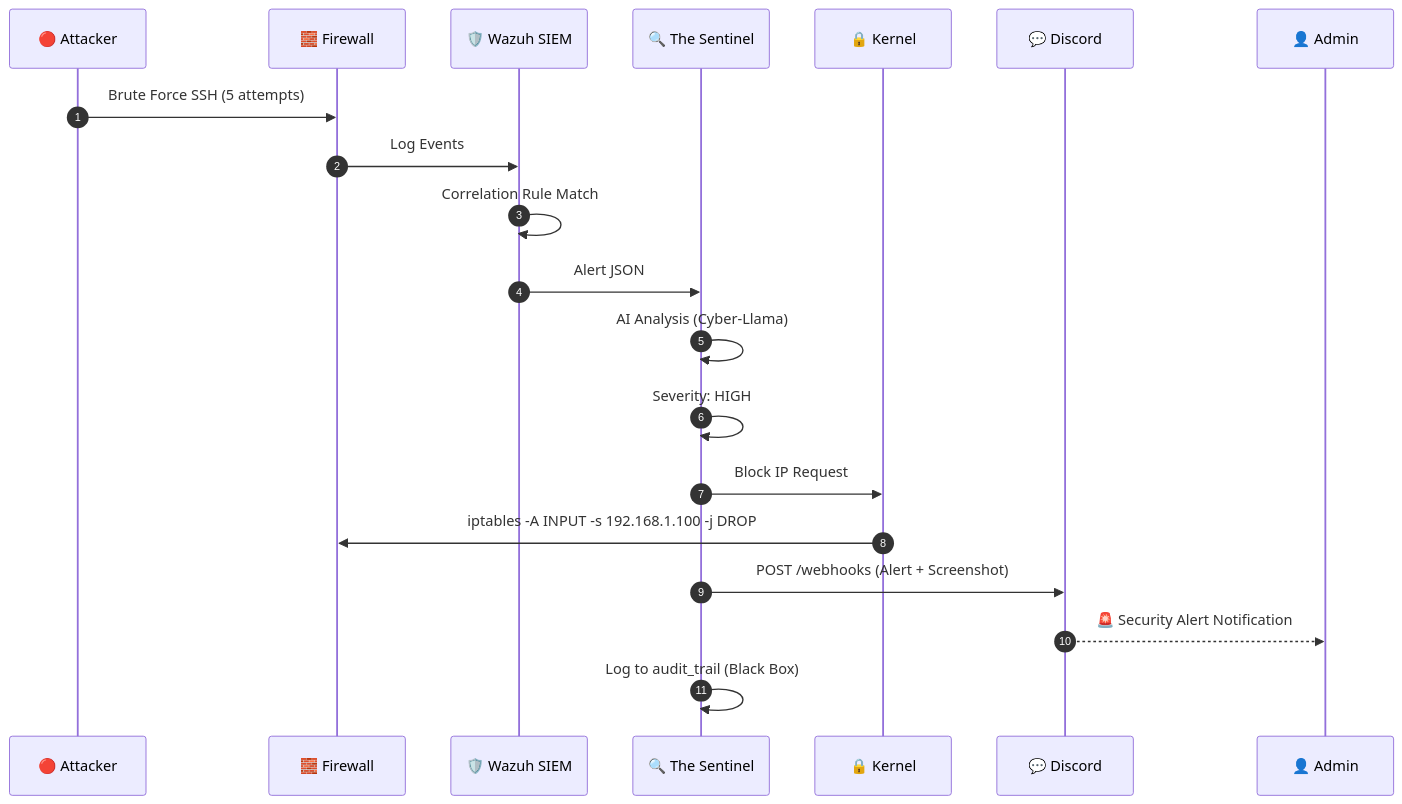
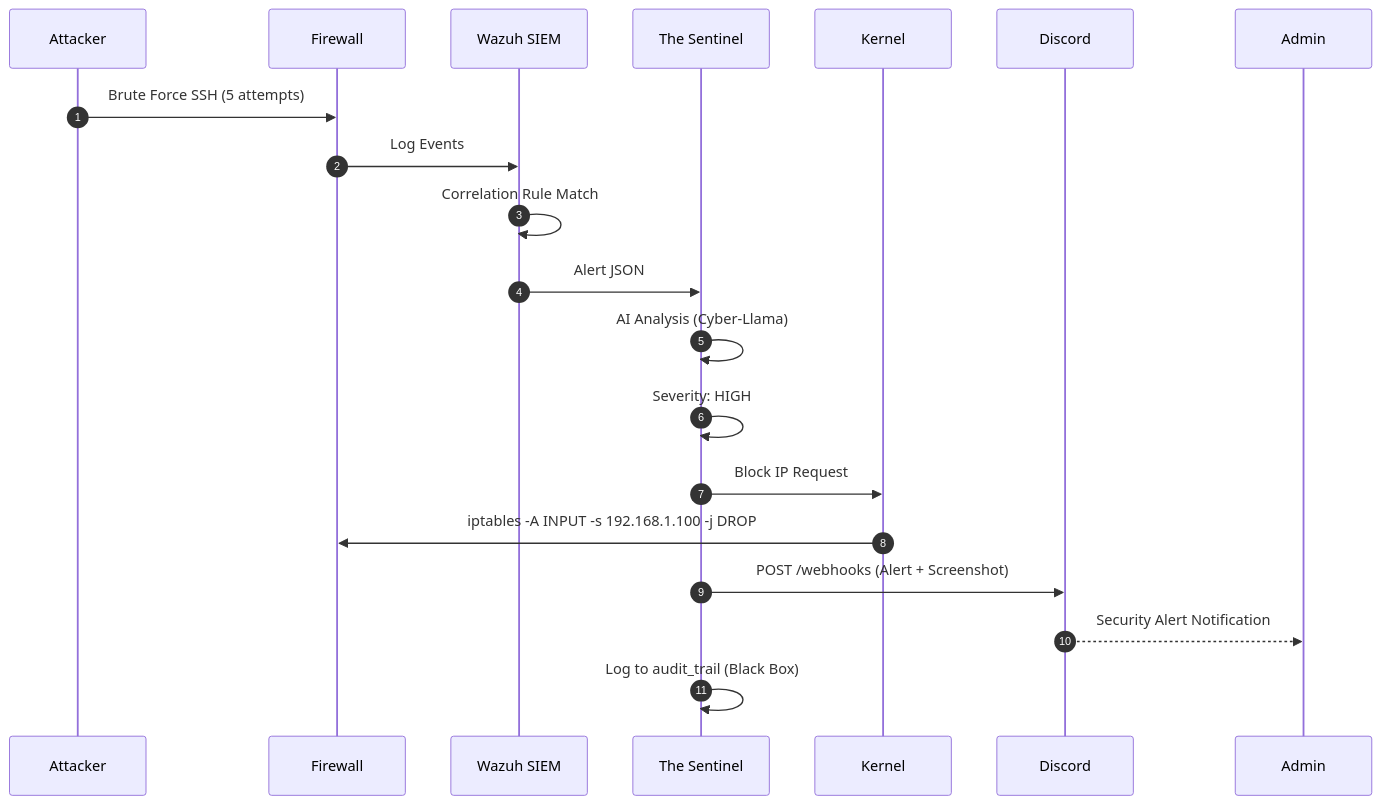
One commit to JohnNuwan/The_Hive changed the fourth of 9 diagrams in Documentation/Diagrams/C4_Architecture.md. Above: the diagram before and after it, drawn with Mermaid. The commit also changed other lines of this file and 104 other files, not shown here.

````diff
--- a/Documentation/Diagrams/C4_Architecture.md
+++ b/Documentation/Diagrams/C4_Architecture.md
@@ -142,28 +142,28 @@
 ```mermaid
 sequenceDiagram
     autonumber
-    participant Attack as 🔴 Attacker
-    participant FW as 🧱 Firewall
-    participant Wazuh as 🛡️ Wazuh SIEM
-    participant Sentinel as 🔍 The Sentinel
-    participant Kernel as 🔒 Kernel
-    participant Discord as 💬 Discord
-    participant Admin as 👤 Admin
+    participant Attack as  Attacker
+    participant FW as  Firewall
+    participant Wazuh as  Wazuh SIEM
+    participant Sentinel as  The Sentinel
+    participant Kernel as  Kernel
+    participant Discord as  Discord
+    participant Admin as  Admin
     
     Attack->>FW: Brute Force SSH (5 attempts)
     FW->>Wazuh: Log Events
     
     Wazuh->>Wazuh: Correlation Rule Match
     Wazuh->>Sentinel: Alert JSON
     
     Sentinel->>Sentinel: AI Analysis (Cyber-Llama)
     Sentinel->>Sentinel: Severity: HIGH
     
     Sentinel->>Kernel: Block IP Request
     Kernel->>FW: iptables -A INPUT -s 192.168.1.100 -j DROP
     
     Sentinel->>Discord: POST /webhooks (Alert + Screenshot)
-    Discord-->>Admin: 🚨 Security Alert Notification
+    Discord-->>Admin:  Security Alert Notification
     
     Sentinel->>Sentinel: Log to audit_trail (Black Box)
 ```
````
